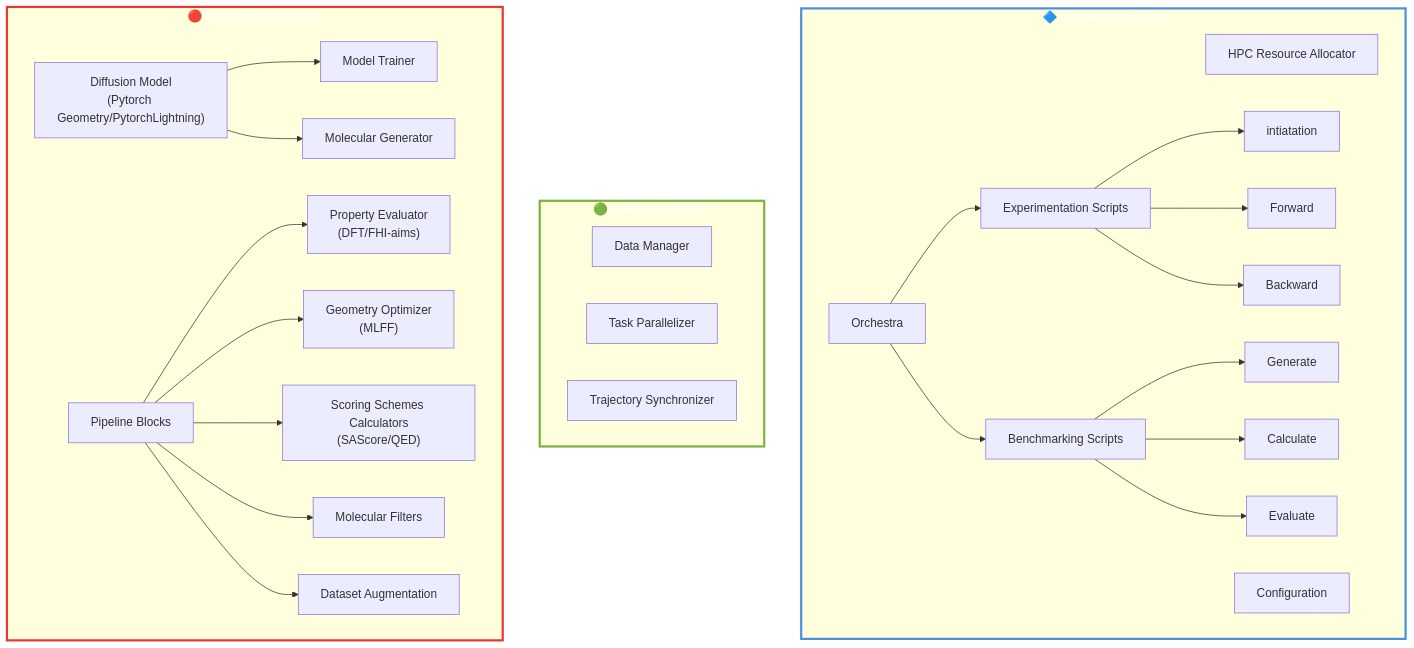
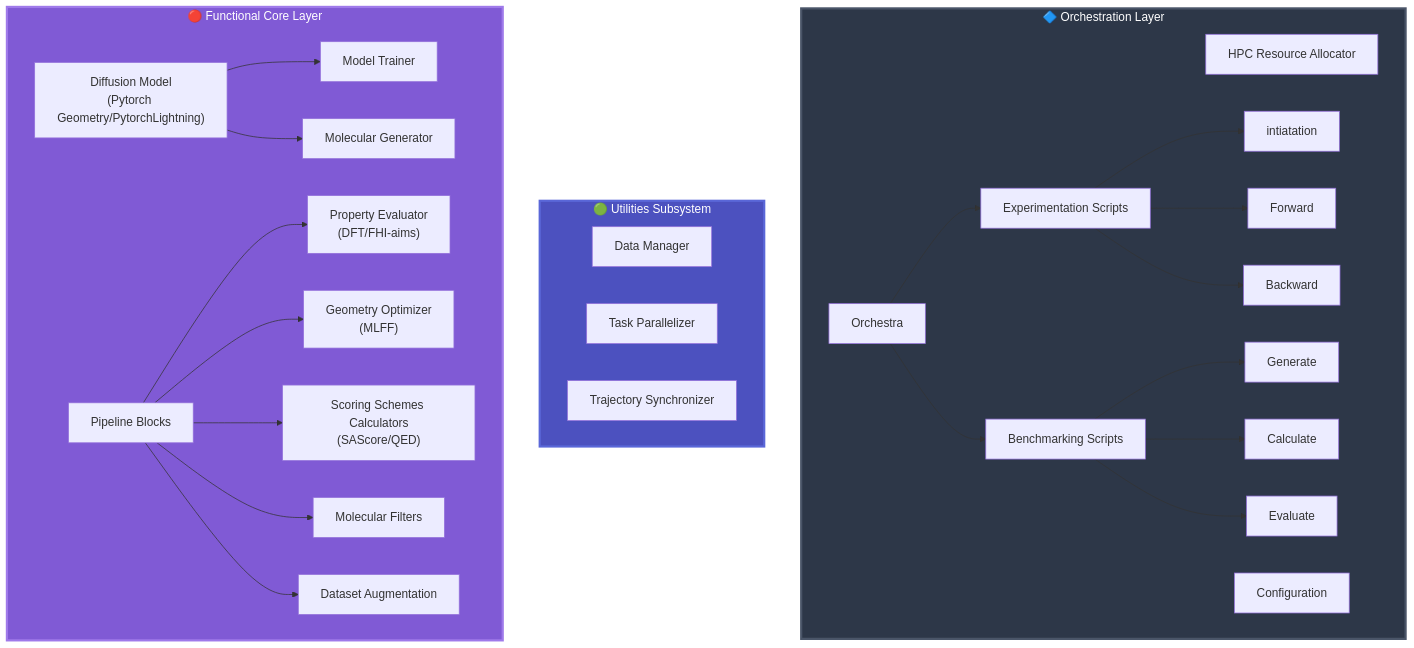
One commit to lmedranos/qalpa changed the second of 2 diagrams in README.md. Above: the diagram before and after it, drawn with Mermaid.

Commit message:
Change styles in README for better visuals
Updated styles for orchestration, utilities, and functional sections in README.

````diff
--- a/README.md
+++ b/README.md
@@ -97,56 +97,56 @@
 ```mermaid
 graph TB
     subgraph orchestration["🔷 Orchestration Layer"]
         hpc["HPC Resource Allocator"]
         config["Configuration"]
         orc["Orchestra"]
         Expsc["Experimentation Scripts"]
         initsc["intiatation"]
         forsc["Forward"]
         bacsc["Backward"]
         Evalsc["Benchmarking Scripts"]
         gensc["Generate"]
         calsc["Calculate"]
         evalsc["Evaluate"]
 
     end
 
     Expsc --> initsc
     Expsc --> forsc
     Expsc --> bacsc
     Evalsc --> gensc
     Evalsc --> calsc
     Evalsc --> evalsc
     orc --> Expsc
     orc --> Evalsc
    
 
     subgraph utilities["🟢 Utilities Subsystem"]
         data["Data Manager"]
         parallel["Task Parallelizer"]
         sync["Trajectory Synchronizer"]
     end
     
     subgraph functional["🔴 Functional Core Layer"]
         Diff["Diffusion Model<br/>(Pytorch Geometry/PytorchLightning)"]
         train["Model Trainer"]
         gen["Molecular Generator"]
         Pipeb["Pipeline Blocks"]
         eval["Property Evaluator<br/>(DFT/FHI-aims)"]
         opt["Geometry Optimizer<br/>(MLFF)"]
         sco["Scoring Schemes Calculators<br/>(SAScore/QED)"]
         sel["Molecular Filters"]
         Aug["Dataset Augmentation"]
     end
     Diff --> train
     Diff --> gen
     Pipeb --> eval
     Pipeb --> opt
     Pipeb --> sco
     Pipeb --> sel
     Pipeb --> Aug
     
-    style orchestration stroke:#4A90E2,stroke-width:3px,color:#fff
-    style utilities stroke:#7CB342,stroke-width: 3px,color:#fff
-    style functional stroke:#E53935,stroke-width:3px,color:#fff
+    style orchestration fill:#2d3748,stroke:#4a5568,stroke-width: 3px,color:#fff
+    style utilities fill:#4c51bf,stroke:#5a67d8,stroke-width:3px,color:#fff
+    style functional fill:#805ad5,stroke:#9f7aea,stroke-width: 3px,color:#fff
 ```
````
